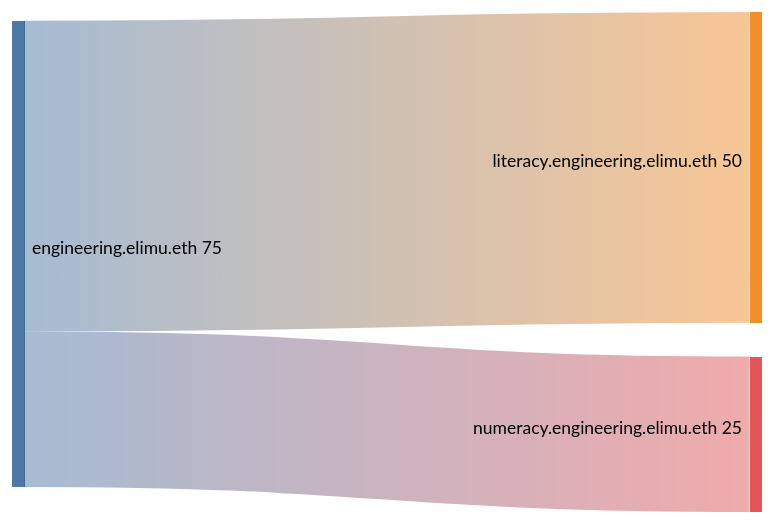
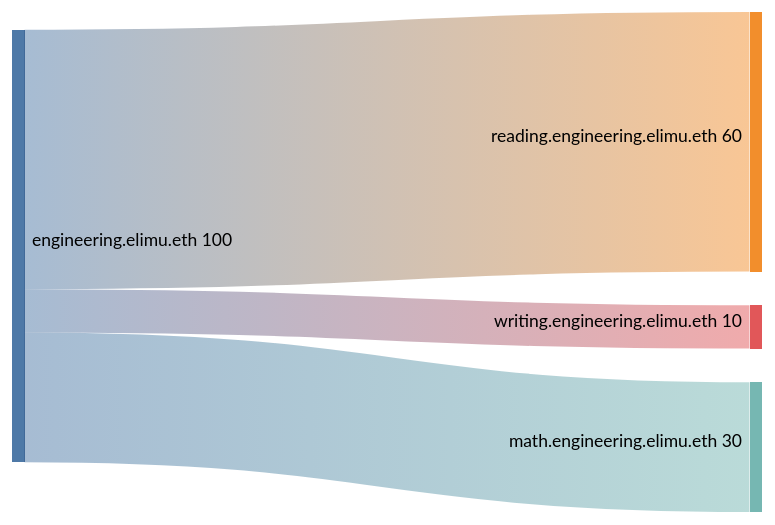
The second of 3 diagrams in DRIP_LIST_FUNDING_SPLITS.md (elimu-ai/web3-wiki), drawn with Mermaid (forest theme) before and after one commit. The commit also changed other lines of this file, not shown here.

Commit message:
docs: Rename to "reading," "writing," and "math"

````diff
--- a/DRIP_LIST_FUNDING_SPLITS.md
+++ b/DRIP_LIST_FUNDING_SPLITS.md
@@ -45,7 +46,8 @@
 ```mermaid
 sankey-beta
 
 %% source,target,value
-engineering.elimu.eth,literacy.engineering.elimu.eth,50
-engineering.elimu.eth,numeracy.engineering.elimu.eth,25
+engineering.elimu.eth,reading.engineering.elimu.eth,60
+engineering.elimu.eth,writing.engineering.elimu.eth,10
+engineering.elimu.eth,math.engineering.elimu.eth,30
 ```
````
